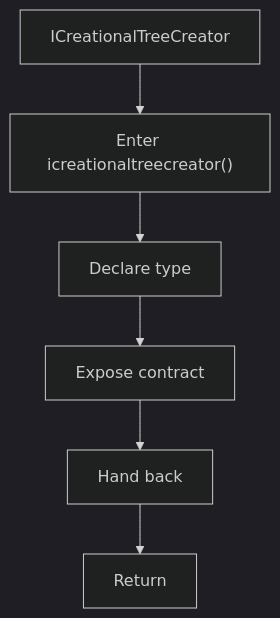
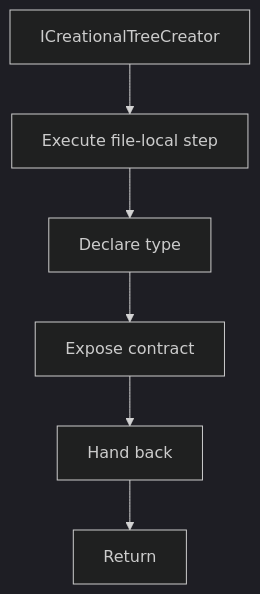
One commit to JohnAndrewBalbarosa/NeoTerritory changed the diagram in docs/Codebase/Microservice/Modules/Header/SyntacticBrokenAST/Trees/Broken/Creational/Flow/functions/icreationaltreecreator.hpp.md. Above: the diagram before and after it, drawn with Mermaid (dark theme). The commit also changed other lines of this file and 925 other files, not shown here.

````diff
--- a/docs/Codebase/Microservice/Modules/Header/SyntacticBrokenAST/Trees/Broken/Creational/Flow/functions/icreationaltreecreator.hpp.md
+++ b/docs/Codebase/Microservice/Modules/Header/SyntacticBrokenAST/Trees/Broken/Creational/Flow/functions/icreationaltreecreator.hpp.md
@@ -16,14 +16,14 @@
 ```mermaid
 flowchart TD
     Start["ICreationalTreeCreator"]
-    N0["Enter icreationaltreecreator()"]
+    N0["Execute file-local step"]
     N1["Declare type"]
     N2["Expose contract"]
     N3["Hand back"]
     End["Return"]
     Start --> N0
     N0 --> N1
     N1 --> N2
     N2 --> N3
     N3 --> End
 ```
````
